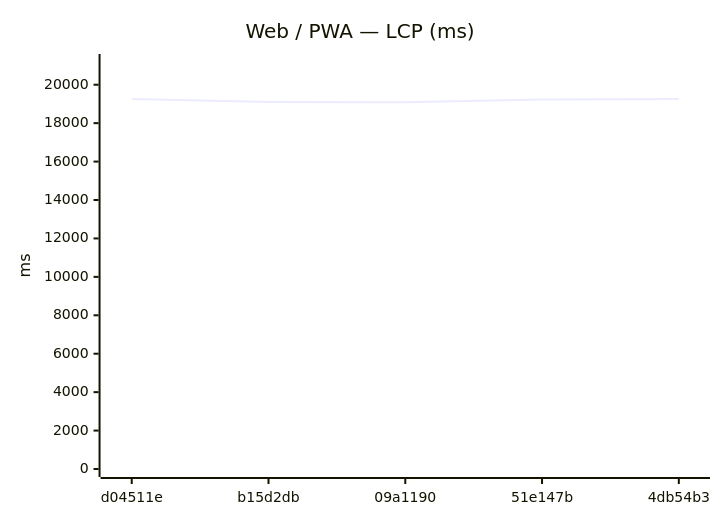
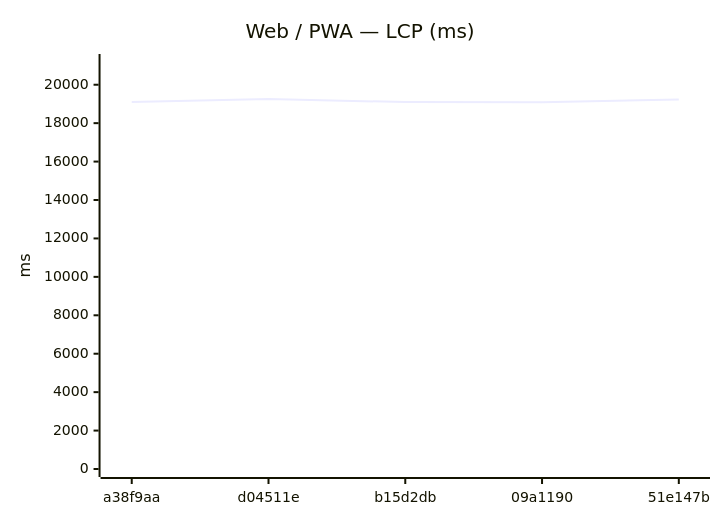
One commit to Metaheurist/Rianell changed the seventh of 18 diagrams in benchmarks/compare.md. Above: the diagram before and after it, drawn with Mermaid. The commit also changed other lines of this file and 11 other files, not shown here.

````diff
--- a/benchmarks/compare.md
+++ b/benchmarks/compare.md
@@ -117,7 +117,7 @@
 ```mermaid
 xychart-beta
     title "Web / PWA — LCP (ms)"
-    x-axis ["d04511e", "b15d2db", "09a1190", "51e147b", "4db54b3"]
+    x-axis ["a38f9aa", "d04511e", "b15d2db", "09a1190", "51e147b"]
     y-axis "ms" 0 --> 21183
-    line [19257, 19097, 19090, 19227, 19255]
+    line [19099, 19257, 19097, 19090, 19227]
 ```
````
